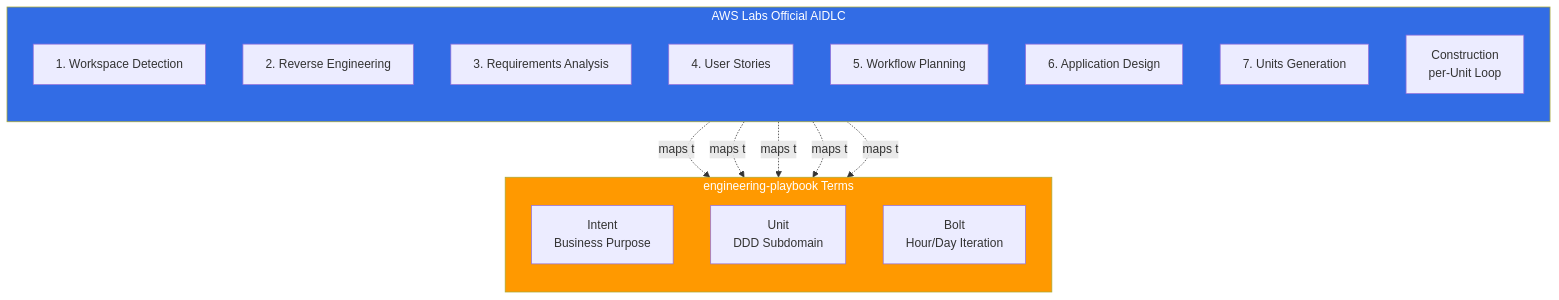
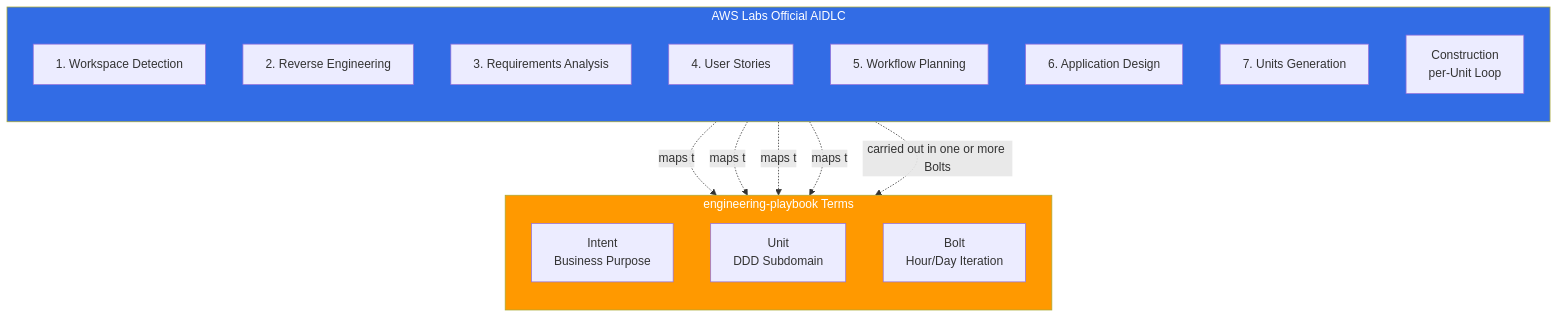
One commit to devfloor9/engineering-playbook changed the ninth of 9 diagrams in docs/aidlc/methodology/adaptive-execution.md. Above: the diagram before and after it, drawn with Mermaid. The commit also changed other lines of this file and 13 other files, not shown here.

````diff
--- a/docs/aidlc/methodology/adaptive-execution.md
+++ b/docs/aidlc/methodology/adaptive-execution.md
@@ -443,30 +445,30 @@
 ```mermaid
 flowchart TB
     subgraph Official["AWS Labs Official AIDLC"]
         direction TB
         I1[1. Workspace Detection]
         I2[2. Reverse Engineering]
         I3[3. Requirements Analysis]
         I4[4. User Stories]
         I5[5. Workflow Planning]
         I6[6. Application Design]
         I7[7. Units Generation]
         C[Construction<br/>per-Unit Loop]
     end
 
     subgraph Playbook["engineering-playbook Terms"]
         direction TB
         INTENT[Intent<br/>Business Purpose]
         UNIT[Unit<br/>DDD Subdomain]
         BOLT[Bolt<br/>Hour/Day Iteration]
     end
 
     I1 -.maps to.-> INTENT
     I2 -.maps to.-> INTENT
     I3 -.maps to.-> INTENT
     I7 -.maps to.-> UNIT
-    C -.maps to.-> BOLT
+    C -.carried out in one or more Bolts.-> BOLT
 
     style Official fill:#326ce5,color:#fff
     style Playbook fill:#ff9900,color:#fff
 ```
````
